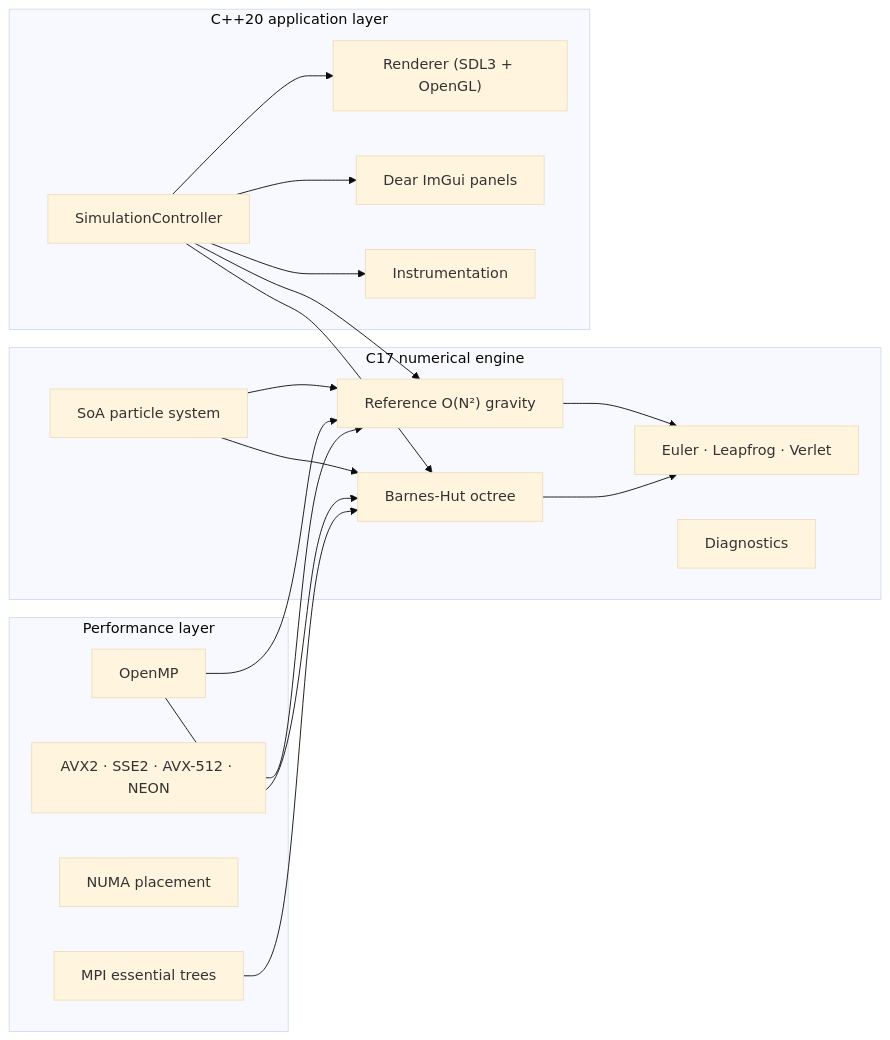
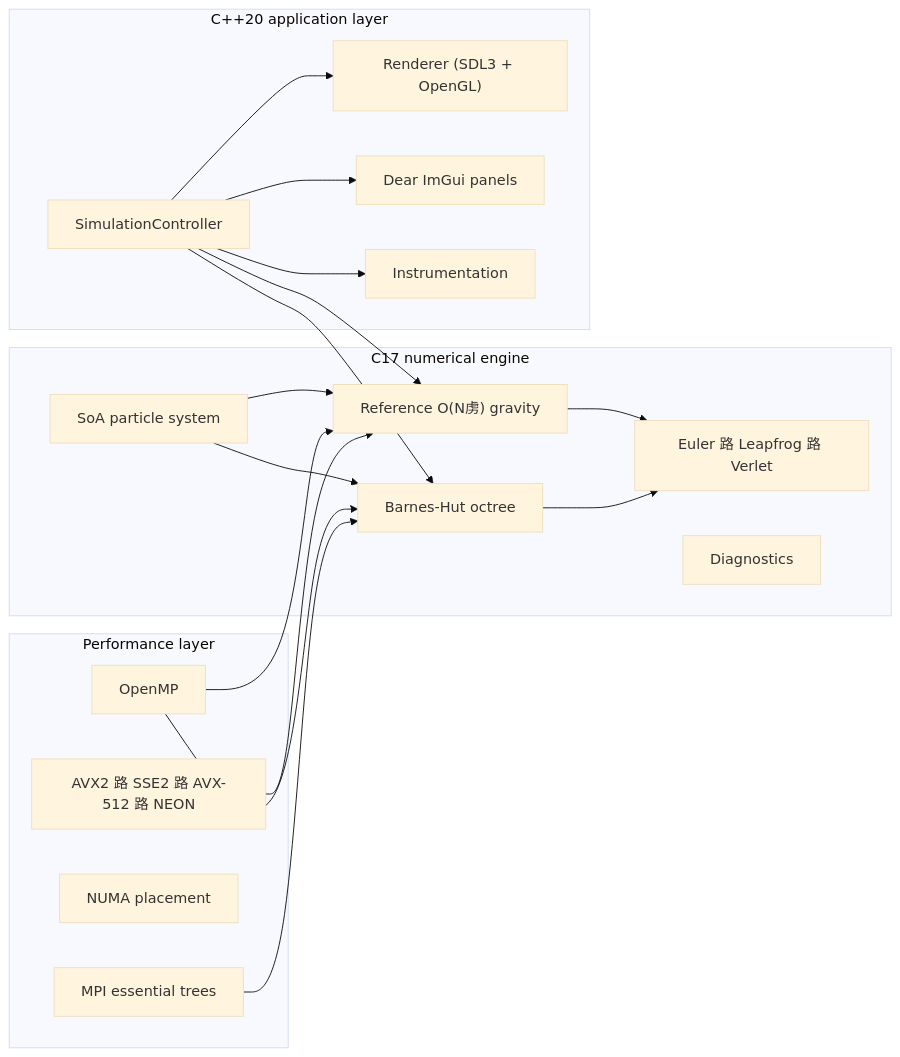
The diagram in docs-site/index.md (richie-rich90454/n_body_sim_pro), drawn with Mermaid (base theme) before and after one commit. The commit also changed other lines of this file and 9 other files, not shown here.

````diff
--- a/docs-site/index.md
+++ b/docs-site/index.md
@@ -6,35 +6,35 @@
 ```mermaid
 flowchart LR
     subgraph C["C17 numerical engine"]
         P["SoA particle system"]
-        G["Reference O(N²) gravity"]
-        I["Euler · Leapfrog · Verlet"]
+        G["Reference O(N虏) gravity"]
+        I["Euler 路 Leapfrog 路 Verlet"]
         B["Barnes-Hut octree"]
         D["Diagnostics"]
     end
     subgraph CXX["C++20 application layer"]
         SC["SimulationController"]
         R["Renderer (SDL3 + OpenGL)"]
         UI["Dear ImGui panels"]
         INS["Instrumentation"]
     end
     subgraph PERF["Performance layer"]
         OMP["OpenMP"]
-        SIMD["AVX2 · SSE2 · AVX-512 · NEON"]
+        SIMD["AVX2 路 SSE2 路 AVX-512 路 NEON"]
         NUMA["NUMA placement"]
         MPI["MPI essential trees"]
     end
     G --> I
     B --> I
     P --> G
     P --> B
     SC --> G
     SC --> B
     SC --> R
     SC --> UI
     SC --> INS
     OMP --> G
     OMP --> B
     SIMD --> G
     MPI --> B
 ```
````
